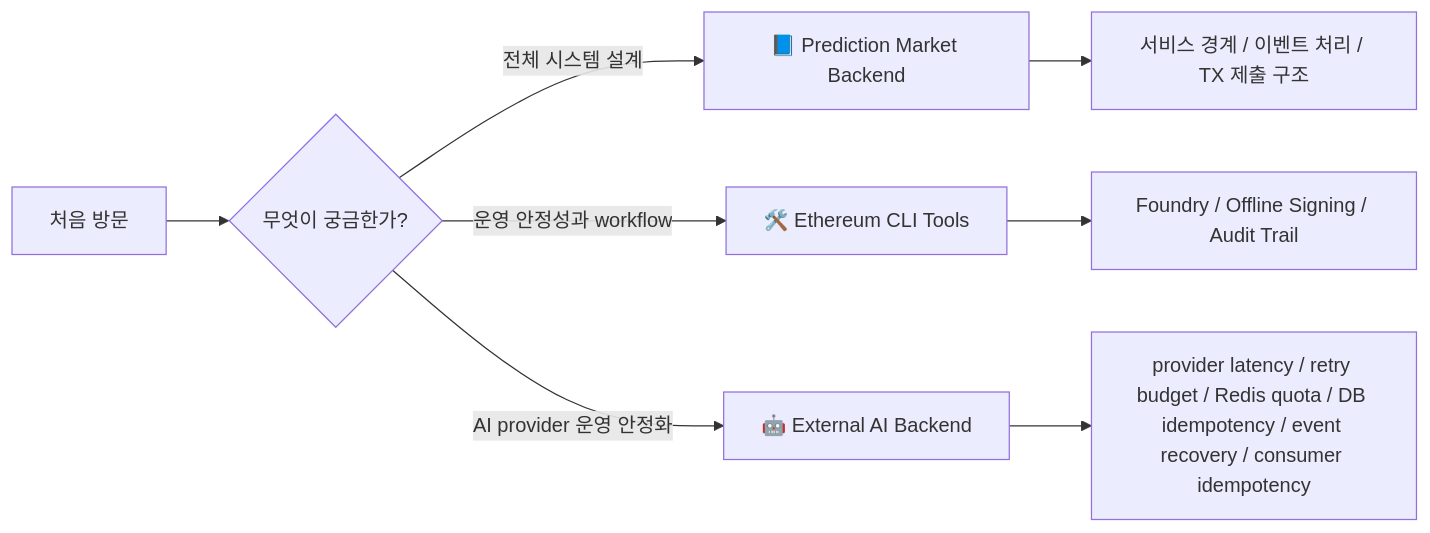
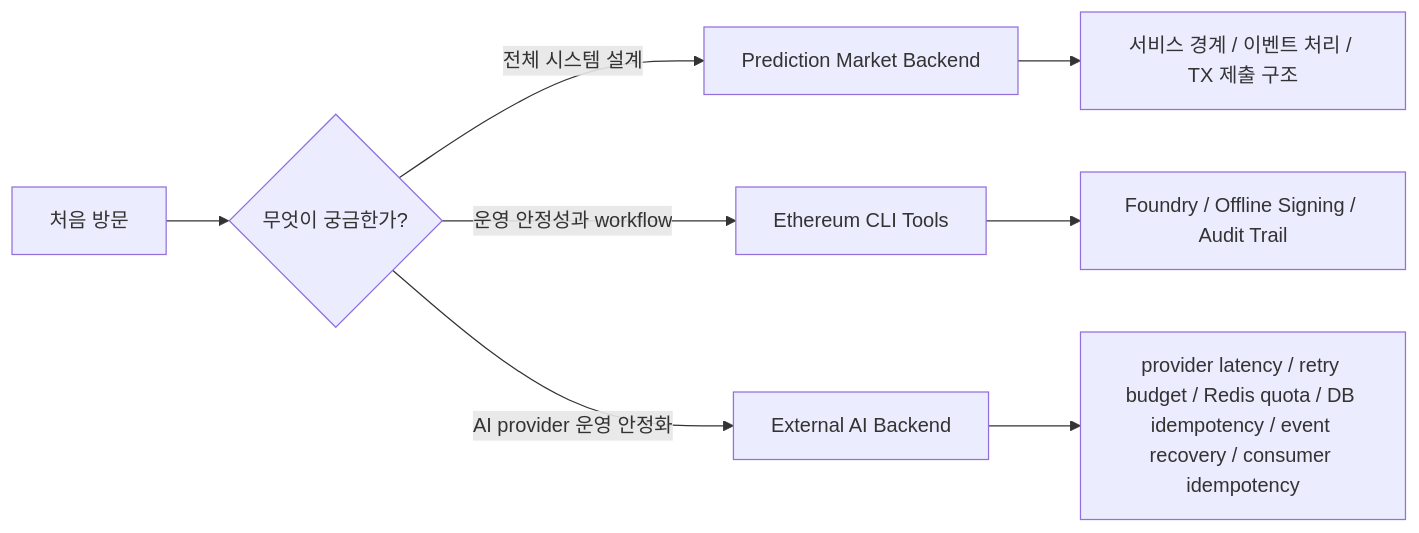
The sixth of 6 diagrams in README.md (bang9ming9/bang9ming9), drawn with Mermaid before and after one commit. The commit also changed other lines of this file, not shown here.

Commit message:
docs: update portfolio README and AI backend case study

````diff
--- a/README.md
+++ b/README.md
@@ -268,10 +267,12 @@
 ```mermaid
 flowchart LR
     A[처음 방문] --> B{무엇이 궁금한가?}
-    B -->|전체 시스템 설계| C[📘 Prediction Market Backend]
-    B -->|운영 안정성과 workflow| D[🛠️ Ethereum CLI Tools]
-    B -->|AI provider 운영 안정화| G[🤖 External AI Backend]
+
+    B -->|전체 시스템 설계| C[Prediction Market Backend]
+    B -->|운영 안정성과 workflow| D[Ethereum CLI Tools]
+    B -->|AI provider 운영 안정화| G[External AI Backend]
+
     C --> E[서비스 경계 / 이벤트 처리 / TX 제출 구조]
     D --> F[Foundry / Offline Signing / Audit Trail]
     G --> H[provider latency / retry budget / Redis quota / DB idempotency / event recovery / consumer idempotency]
 ```
````
